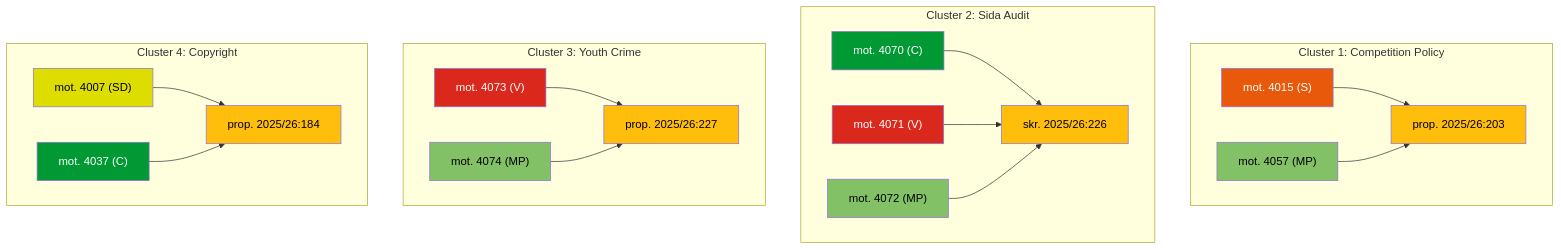
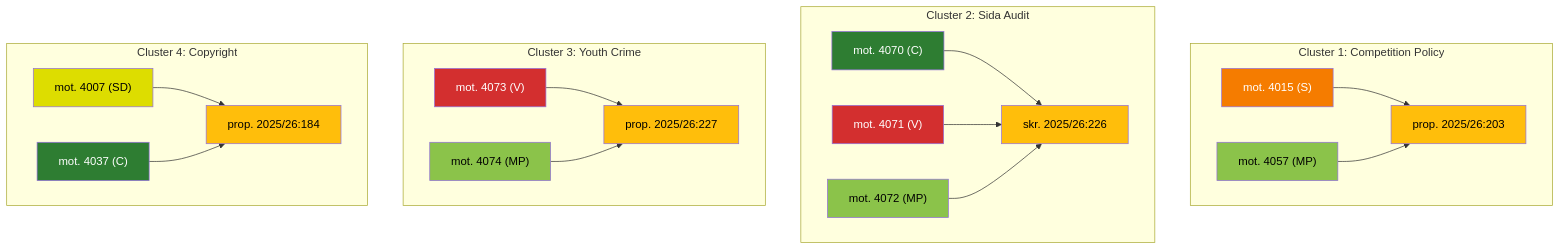
The diagram in analysis/daily/2026-04-13/motions/synthesis-summary.md (Hack23/riksdagsmonitor), drawn with Mermaid before and after one commit. The commit also changed 785 other files, not shown here.

First line of the commit message:
Normalize mermaid colors across 786 analysis artifacts to ISMS Style Guide palette

````diff
--- a/analysis/daily/2026-04-13/motions/synthesis-summary.md
+++ b/analysis/daily/2026-04-13/motions/synthesis-summary.md
@@ -60,33 +60,33 @@
 ```mermaid
 graph TB
     subgraph "Cluster 1: Competition Policy"
         S1["mot. 4015 (S)"] --> P203["prop. 2025/26:203"]
         MP1["mot. 4057 (MP)"] --> P203
-        style S1 fill:#e8590c,color:#fff
-        style MP1 fill:#83c167,color:#000
-        style P203 fill:#ffbe0b,color:#000
+        style S1 fill:#F57C00,color:#FFFFFF
+        style MP1 fill:#8BC34A,color:#000000
+        style P203 fill:#ffbe0b,color:#000000
     end
     subgraph "Cluster 2: Sida Audit"
         C1["mot. 4070 (C)"] --> SKR226["skr. 2025/26:226"]
         V1["mot. 4071 (V)"] --> SKR226
         MP2["mot. 4072 (MP)"] --> SKR226
-        style C1 fill:#009933,color:#fff
-        style V1 fill:#da291c,color:#fff
-        style MP2 fill:#83c167,color:#000
-        style SKR226 fill:#ffbe0b,color:#000
+        style C1 fill:#2E7D32,color:#FFFFFF
+        style V1 fill:#D32F2F,color:#FFFFFF
+        style MP2 fill:#8BC34A,color:#000000
+        style SKR226 fill:#ffbe0b,color:#000000
     end
     subgraph "Cluster 3: Youth Crime"
         V2["mot. 4073 (V)"] --> P227["prop. 2025/26:227"]
         MP3["mot. 4074 (MP)"] --> P227
-        style V2 fill:#da291c,color:#fff
-        style MP3 fill:#83c167,color:#000
-        style P227 fill:#ffbe0b,color:#000
+        style V2 fill:#D32F2F,color:#FFFFFF
+        style MP3 fill:#8BC34A,color:#000000
+        style P227 fill:#ffbe0b,color:#000000
     end
     subgraph "Cluster 4: Copyright"
         SD1["mot. 4007 (SD)"] --> P184["prop. 2025/26:184"]
         C2["mot. 4037 (C)"] --> P184
-        style SD1 fill:#dddd00,color:#000
-        style C2 fill:#009933,color:#fff
-        style P184 fill:#ffbe0b,color:#000
+        style SD1 fill:#dddd00,color:#000000
+        style C2 fill:#2E7D32,color:#FFFFFF
+        style P184 fill:#ffbe0b,color:#000000
     end
 ```
````
